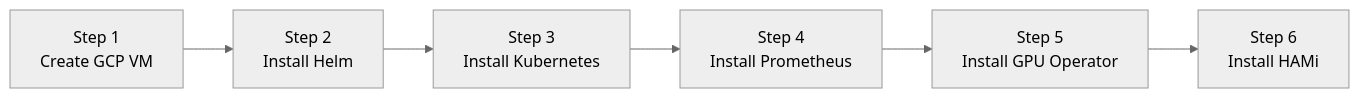
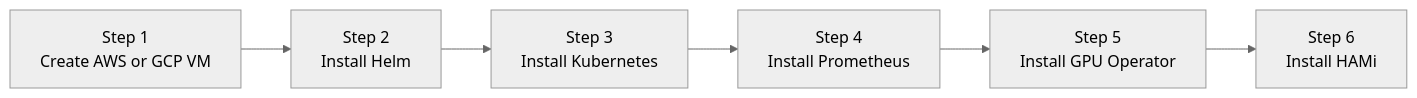
The first of 2 diagrams in tutorials/labs/online-install.md (Project-HAMi/website), drawn with Mermaid (neutral theme) before and after one commit. The commit also changed other lines of this file, not shown here.

Commit message:
AWS EC2 GPU Instructions to Improve Multi-Cloud HAMi Lab Documentation

````diff
--- a/tutorials/labs/online-install.md
+++ b/tutorials/labs/online-install.md
@@ -30,9 +32,9 @@
 ```mermaid
 %% title: HAMi Installation Overview
 flowchart LR
-    Step1["Step 1<br/>Create GCP VM"] --> Step2["Step 2<br/>Install Helm"]
+    Step1["Step 1<br/>Create AWS or GCP VM"] --> Step2["Step 2<br/>Install Helm"]
     Step2 --> Step3["Step 3<br/>Install Kubernetes"]
     Step3 --> Step4["Step 4<br/>Install Prometheus"]
     Step4 --> Step5["Step 5<br/>Install GPU Operator"]
     Step5 --> Step6["Step 6<br/>Install HAMi"]
 ```
````
